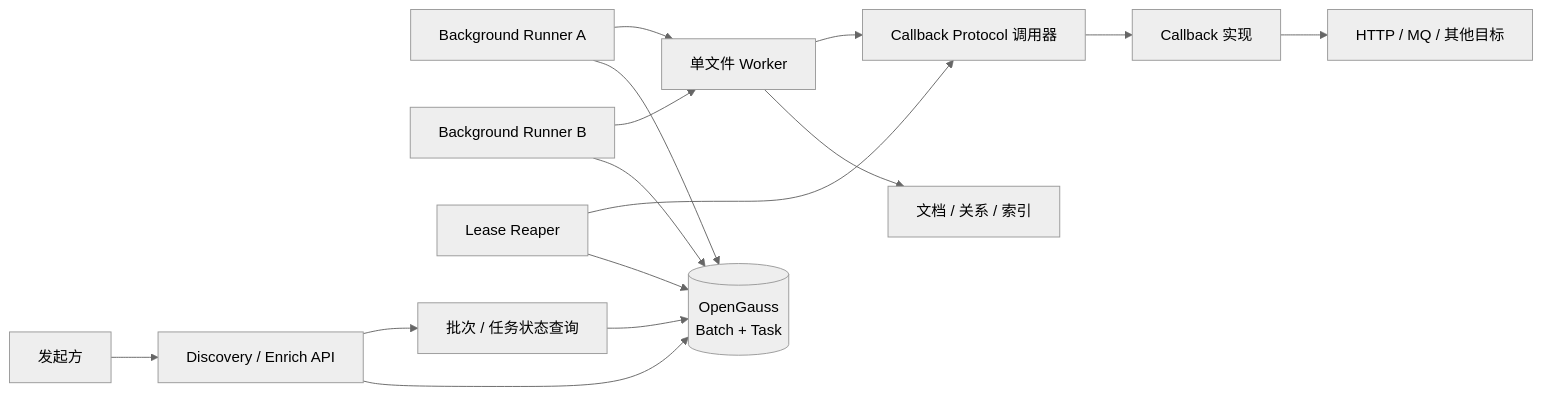
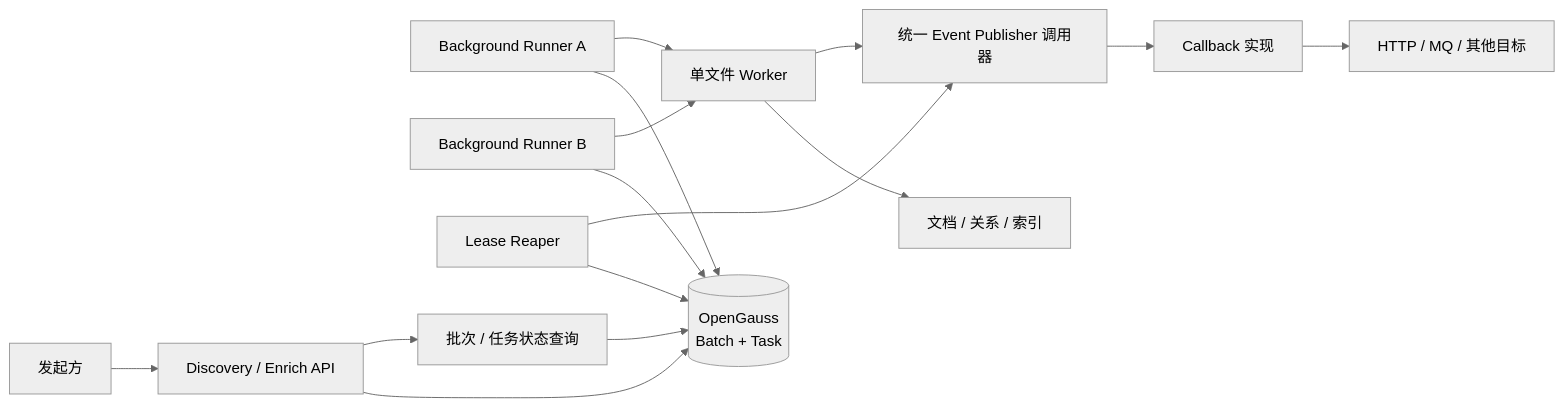
The first of 3 diagrams in docs/modules/knowledge/knowledge-entity-background-processing-callback-design.md (beyonai/ByKC), drawn with Mermaid (neutral theme) before and after one commit. The commit also changed other lines of this file and 26 other files, not shown here.

Commit message:
feat(knowledge): unify callback event publishing

````diff
--- a/docs/modules/knowledge/knowledge-entity-background-processing-callback-design.md
+++ b/docs/modules/knowledge/knowledge-entity-background-processing-callback-design.md
@@ -112,17 +113,17 @@
 ```mermaid
 flowchart LR
     Caller["发起方"] --> API["Discovery / Enrich API"]
     API --> DB[("OpenGauss\nBatch + Task")]
     Runner1["Background Runner A"] --> DB
     Runner2["Background Runner B"] --> DB
     Reaper["Lease Reaper"] --> DB
     Runner1 --> Worker["单文件 Worker"]
     Runner2 --> Worker
     Worker --> Storage["文档 / 关系 / 索引"]
-    Worker --> Invoker["Callback Protocol 调用器"]
+    Worker --> Invoker["统一 Event Publisher 调用器"]
     Reaper --> Invoker
     Invoker --> Impl["Callback 实现"]
     Impl --> Target["HTTP / MQ / 其他目标"]
     API --> Query["批次 / 任务状态查询"]
     Query --> DB
 ```
````
